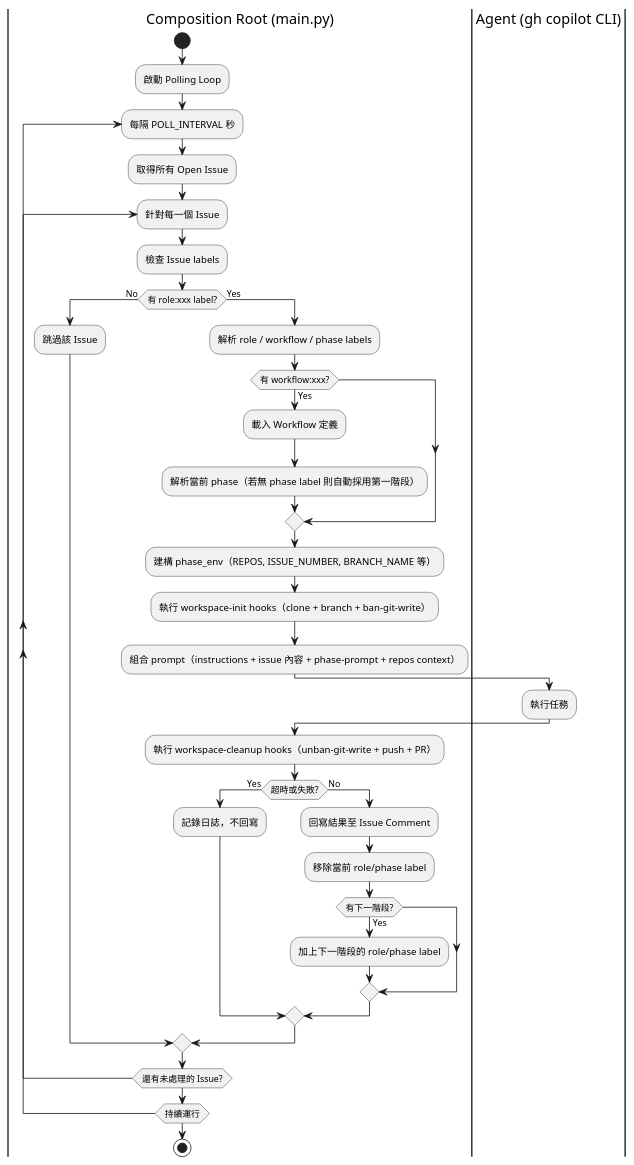
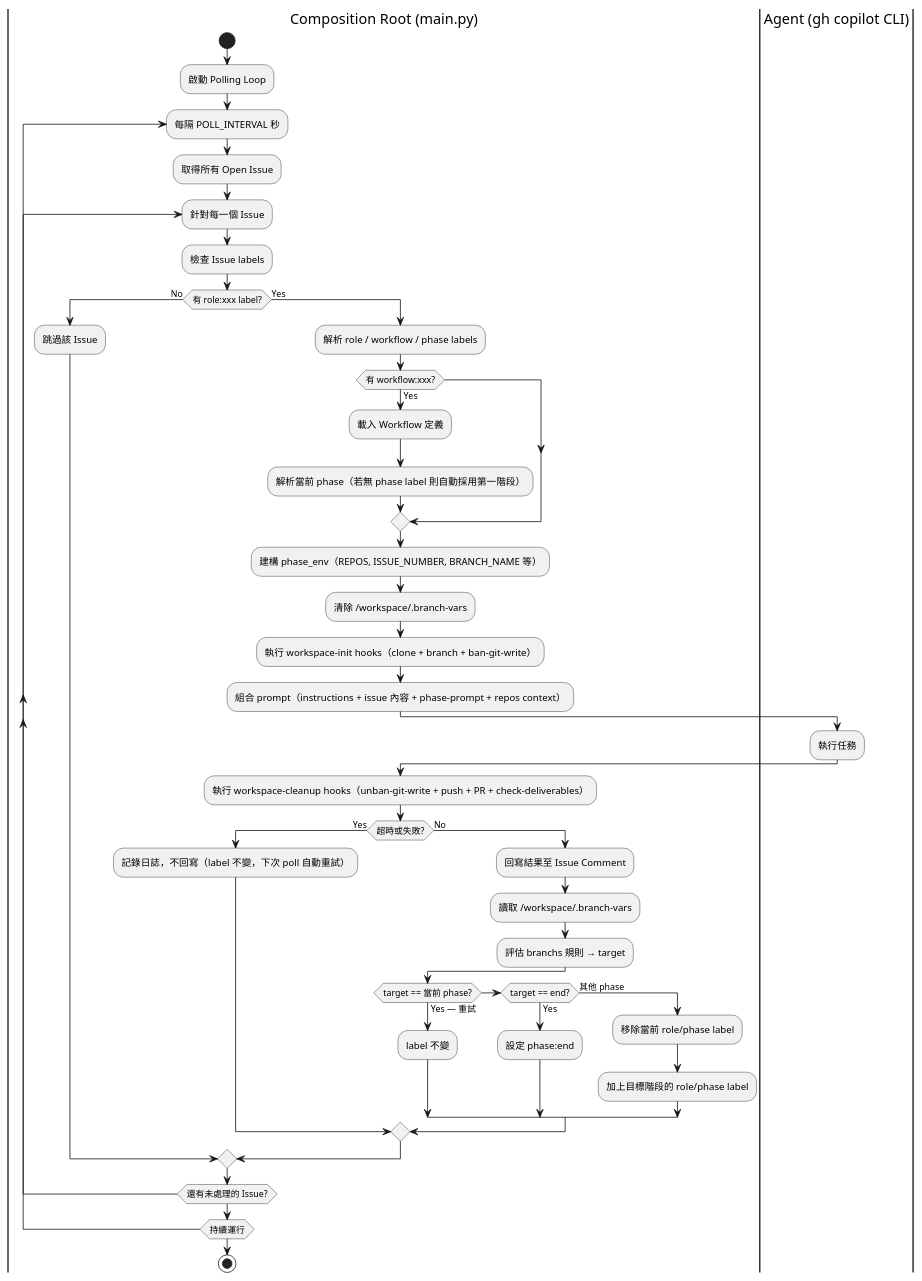
Before and after one commit to FATESAIKOU/LearnGhAgent: the diagram in docs/01-requirements.md, drawn with PlantUML. The commit also changed other lines of this file and 9 other files, not shown here.

````diff
--- a/docs/01-requirements.md
+++ b/docs/01-requirements.md
@@ -43,50 +44,57 @@
 ```plantuml
 @startuml
 skinparam defaultFontName sans-serif
 
 |Composition Root (main.py)|
 start
 :啟動 Polling Loop;
 
 repeat :每隔 POLL_INTERVAL 秒;
   :取得所有 Open Issue;
 
   repeat :針對每一個 Issue;
     :檢查 Issue labels;
 
     if (有 role:xxx label?) then (No)
       :跳過該 Issue;
     else (Yes)
       :解析 role / workflow / phase labels;
 
       if (有 workflow:xxx?) then (Yes)
         :載入 Workflow 定義;
         :解析當前 phase（若無 phase label 則自動採用第一階段）;
       endif
 
       :建構 phase_env（REPOS, ISSUE_NUMBER, BRANCH_NAME 等）;
+      :清除 /workspace/.branch-vars;
       :執行 workspace-init hooks（clone + branch + ban-git-write）;
       :組合 prompt（instructions + issue 內容 + phase-prompt + repos context）;
 
       |Agent (gh copilot CLI)|
       :執行任務;
       |Composition Root (main.py)|
 
-      :執行 workspace-cleanup hooks（unban-git-write + push + PR）;
+      :執行 workspace-cleanup hooks（unban-git-write + push + PR + check-deliverables）;
 
       if (超時或失敗?) then (Yes)
-        :記錄日誌，不回寫;
+        :記錄日誌，不回寫（label 不變，下次 poll 自動重試）;
       else (No)
         :回寫結果至 Issue Comment;
-        :移除當前 role/phase label;
-        if (有下一階段?) then (Yes)
-          :加上下一階段的 role/phase label;
+        :讀取 /workspace/.branch-vars;
+        :評估 branchs 規則 → target;
+        if (target == 當前 phase?) then (Yes — 重試)
+          :label 不變;
+        elseif (target == end?) then (Yes)
+          :設定 phase:end;
+        else (其他 phase)
+          :移除當前 role/phase label;
+          :加上目標階段的 role/phase label;
         endif
       endif
     endif
   repeat while (還有未處理的 Issue?)
 repeat while (持續運行)
 
 stop
 @enduml
 ```
````
